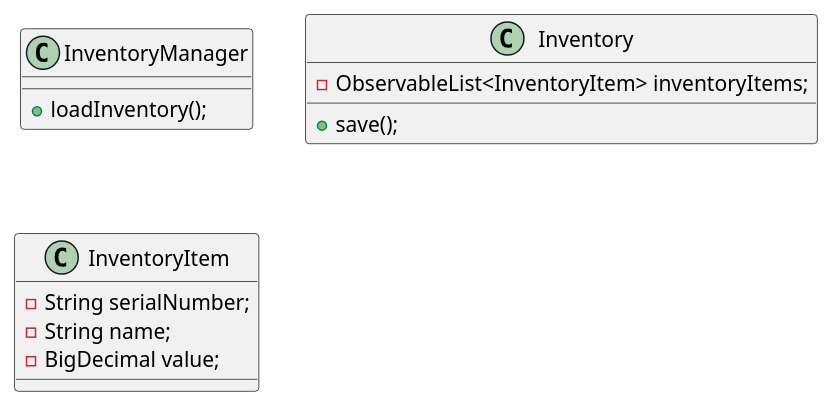
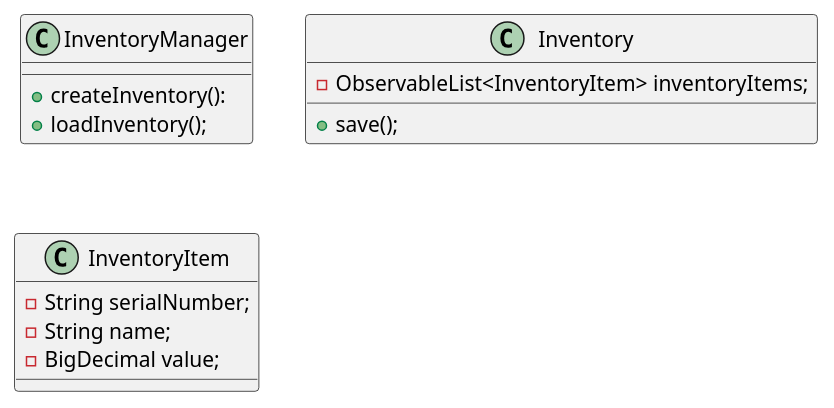
One commit to RyanTheGuyInSpace/hodge-app2 changed the diagram in docs/InventoryManagement.puml. Above: the diagram before and after it, drawn with PlantUML. The commit also changed 3 other files, not shown here.

```diff
--- a/docs/InventoryManagement.puml
+++ b/docs/InventoryManagement.puml
@@ -1,24 +1,25 @@
 @startuml
 
 class InventoryManager {
 
+    +createInventory():
     +loadInventory();
 }
 
 class Inventory {
     -ObservableList<InventoryItem> inventoryItems;
 
     +save();
 
 }
 
 class InventoryItem {
     -String serialNumber;
     -String name;
     -BigDecimal value;
 
 
 
 }
 
 @enduml
```
